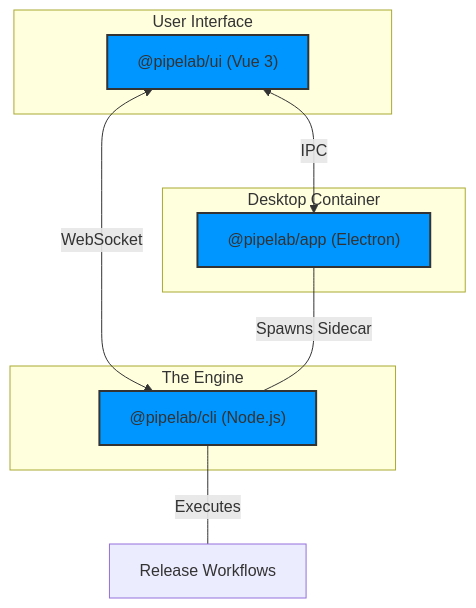
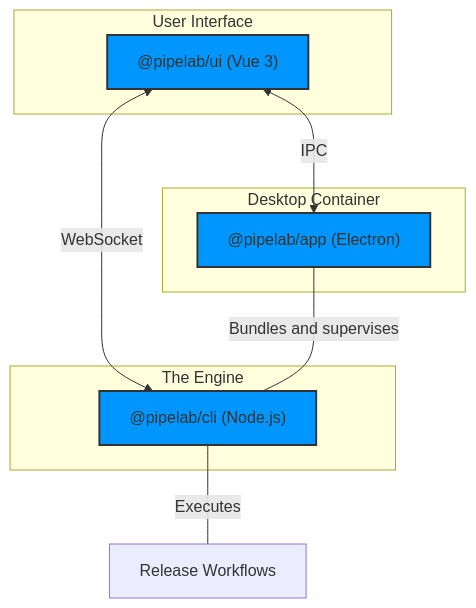
Before and after one commit to CynToolkit/v2: the diagram in README.md, drawn with Mermaid. The commit also changed other lines of this file and 46 other files, not shown here.

````diff
--- a/README.md
+++ b/README.md
@@ -11,23 +11,23 @@
 ```mermaid
 graph TD
     classDef main fill:#0096FF,stroke:#333,stroke-width:2px;
 
     subgraph UserInterface["User Interface"]
         UI["@pipelab/ui (Vue 3)"]
     end
 
     subgraph Container["Desktop Container"]
         Electron["@pipelab/app (Electron)"]
     end
 
     subgraph Engine["The Engine"]
         CLI["@pipelab/cli (Node.js)"]
     end
 
     UI <-->|WebSocket| CLI
     UI <-->|IPC| Electron
-    Electron ---|Spawns Sidecar| CLI
+    Electron ---|Bundles and supervises| CLI
     CLI ---|Executes| Workflows[Release Workflows]
 
     class UI,Electron,CLI main;
 ```
````
